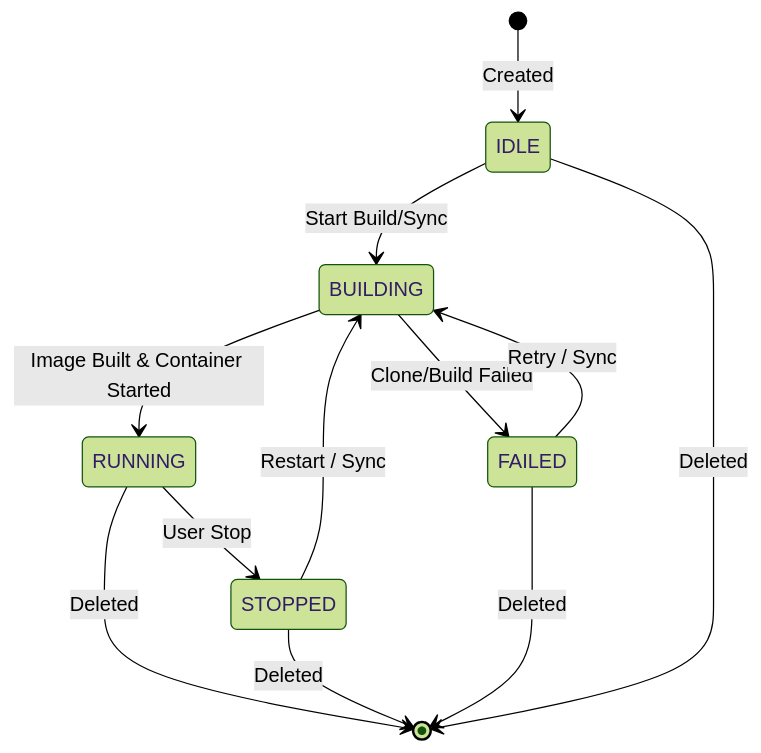
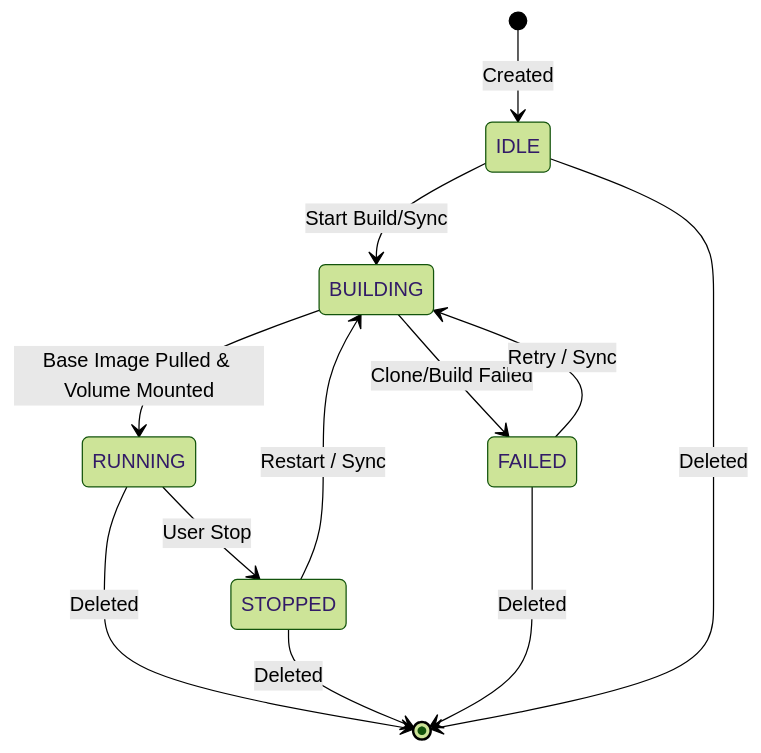
One commit to AyushCN/api-sandbox changed the second of 2 diagrams in docs/ARCHITECTURE.md. Above: the diagram before and after it, drawn with Mermaid (forest theme). The commit also changed 25 other files, not shown here.

````diff
--- a/docs/ARCHITECTURE.md
+++ b/docs/ARCHITECTURE.md
@@ -50,14 +50,14 @@
 ```mermaid
 stateDiagram-v2
     [*] --> IDLE : Created
     IDLE --> BUILDING : Start Build/Sync
-    BUILDING --> RUNNING : Image Built & Container Started
+    BUILDING --> RUNNING : Base Image Pulled & Volume Mounted
     BUILDING --> FAILED : Clone/Build Failed
     RUNNING --> STOPPED : User Stop
     STOPPED --> BUILDING : Restart / Sync
     FAILED --> BUILDING : Retry / Sync
     RUNNING --> [*] : Deleted
     STOPPED --> [*] : Deleted
     FAILED --> [*] : Deleted
     IDLE --> [*] : Deleted
 ```
````
